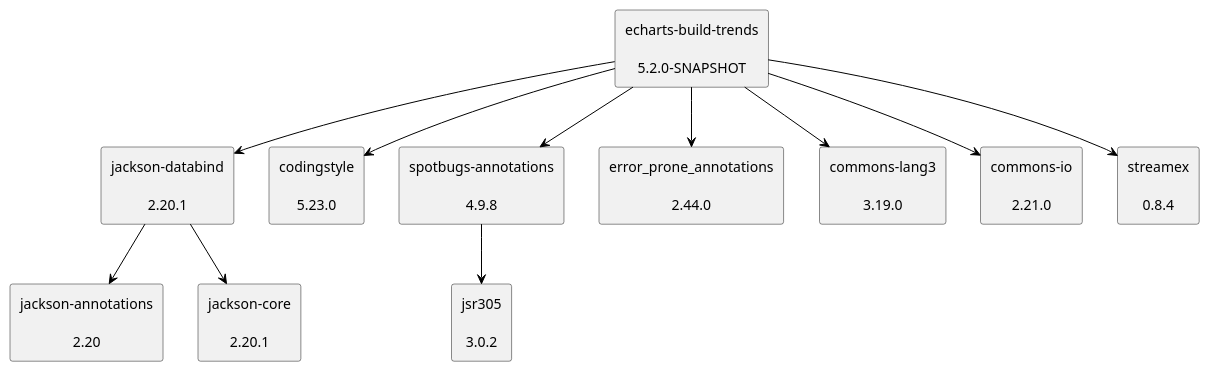
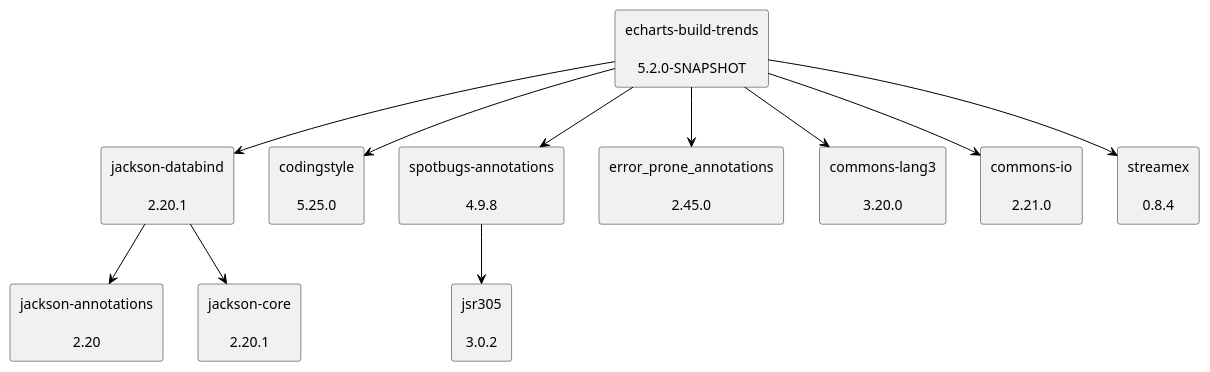
One commit to uhafner/echarts-build-trends changed the diagram in doc/dependency-graph.puml. Above: the diagram before and after it, drawn with PlantUML.

Commit message:
Update dependency graph to latest versions from POM

```diff
--- a/doc/dependency-graph.puml
+++ b/doc/dependency-graph.puml
@@ -1,30 +1,30 @@
 @startuml
 skinparam defaultTextAlignment center
 skinparam rectangle {
   BackgroundColor<<optional>> beige
   BackgroundColor<<test>> lightGreen
   BackgroundColor<<runtime>> lightBlue
   BackgroundColor<<provided>> lightGray
 }
 rectangle "jackson-databind\n\n2.20.1" as com_fasterxml_jackson_core_jackson_databind_jar
 rectangle "jackson-annotations\n\n2.20" as com_fasterxml_jackson_core_jackson_annotations_jar
 rectangle "jackson-core\n\n2.20.1" as com_fasterxml_jackson_core_jackson_core_jar
 rectangle "echarts-build-trends\n\n5.2.0-SNAPSHOT" as edu_hm_hafner_echarts_build_trends_jar
-rectangle "codingstyle\n\n5.23.0" as edu_hm_hafner_codingstyle_jar
+rectangle "codingstyle\n\n5.25.0" as edu_hm_hafner_codingstyle_jar
 rectangle "spotbugs-annotations\n\n4.9.8" as com_github_spotbugs_spotbugs_annotations_jar
 rectangle "jsr305\n\n3.0.2" as com_google_code_findbugs_jsr305_jar
-rectangle "error_prone_annotations\n\n2.44.0" as com_google_errorprone_error_prone_annotations_jar
-rectangle "commons-lang3\n\n3.19.0" as org_apache_commons_commons_lang3_jar
+rectangle "error_prone_annotations\n\n2.45.0" as com_google_errorprone_error_prone_annotations_jar
+rectangle "commons-lang3\n\n3.20.0" as org_apache_commons_commons_lang3_jar
 rectangle "commons-io\n\n2.21.0" as commons_io_commons_io_jar
 rectangle "streamex\n\n0.8.4" as one_util_streamex_jar
 com_fasterxml_jackson_core_jackson_databind_jar -[#000000]-> com_fasterxml_jackson_core_jackson_annotations_jar
 com_fasterxml_jackson_core_jackson_databind_jar -[#000000]-> com_fasterxml_jackson_core_jackson_core_jar
 edu_hm_hafner_echarts_build_trends_jar -[#000000]-> com_fasterxml_jackson_core_jackson_databind_jar
 edu_hm_hafner_echarts_build_trends_jar -[#000000]-> edu_hm_hafner_codingstyle_jar
 com_github_spotbugs_spotbugs_annotations_jar -[#000000]-> com_google_code_findbugs_jsr305_jar
 edu_hm_hafner_echarts_build_trends_jar -[#000000]-> com_github_spotbugs_spotbugs_annotations_jar
 edu_hm_hafner_echarts_build_trends_jar -[#000000]-> com_google_errorprone_error_prone_annotations_jar
 edu_hm_hafner_echarts_build_trends_jar -[#000000]-> org_apache_commons_commons_lang3_jar
 edu_hm_hafner_echarts_build_trends_jar -[#000000]-> commons_io_commons_io_jar
 edu_hm_hafner_echarts_build_trends_jar -[#000000]-> one_util_streamex_jar
 @enduml
```
